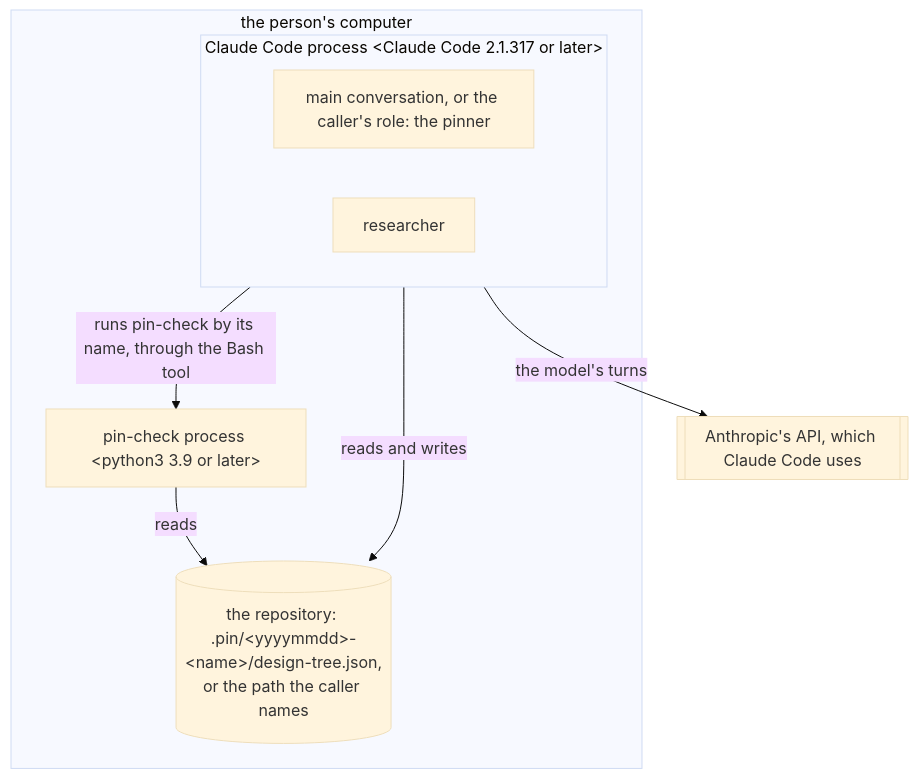
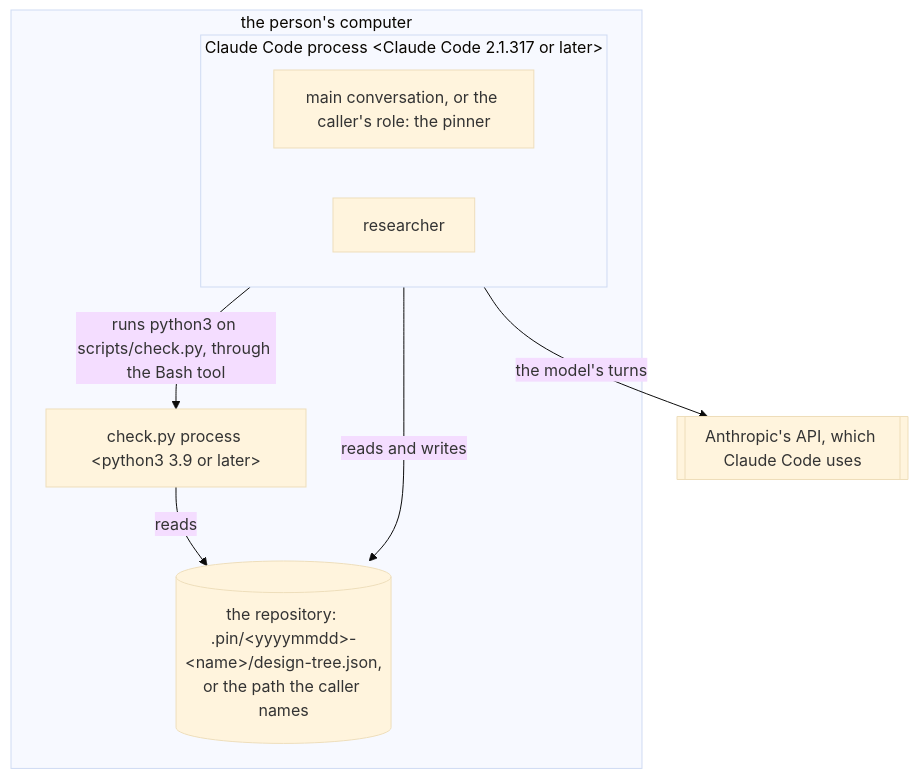
Before and after one commit to lovaizu/ccpm: the fifth of 5 diagrams in dev/pin/architecture.md, drawn with Mermaid (base theme). The commit also changed other lines of this file and 2 other files, not shown here.

First line of the commit message:
pin: the check script in scripts/, in one form across versions; each fact shown as it is found; a caller's role runs pin:down itself

````diff
--- a/dev/pin/architecture.md
+++ b/dev/pin/architecture.md
@@ -258,16 +257,16 @@
 ```mermaid
 flowchart TB
   subgraph PC["the person's computer"]
     subgraph CCP["Claude Code process #lt;Claude Code 2.1.317 or later#gt;"]
       MC2["main conversation, or the caller's role: the pinner"]
       RS2["researcher"]
     end
-    CKP["pin-check process #lt;python3 3.9 or later#gt;"]
+    CKP["check.py process #lt;python3 3.9 or later#gt;"]
     REPO[("the repository: .pin/#lt;yyyymmdd#gt;-#lt;name#gt;/design-tree.json,<br>or the path the caller names")]
   end
   API[["Anthropic's API, which Claude Code uses"]]
-  CCP -- "runs pin-check by its name, through the Bash tool" --> CKP
+  CCP -- "runs python3 on scripts/check.py, through the Bash tool" --> CKP
   CCP -- "reads and writes" --> REPO
   CKP -- "reads" --> REPO
   CCP -- "the model's turns" --> API
 ```
````
